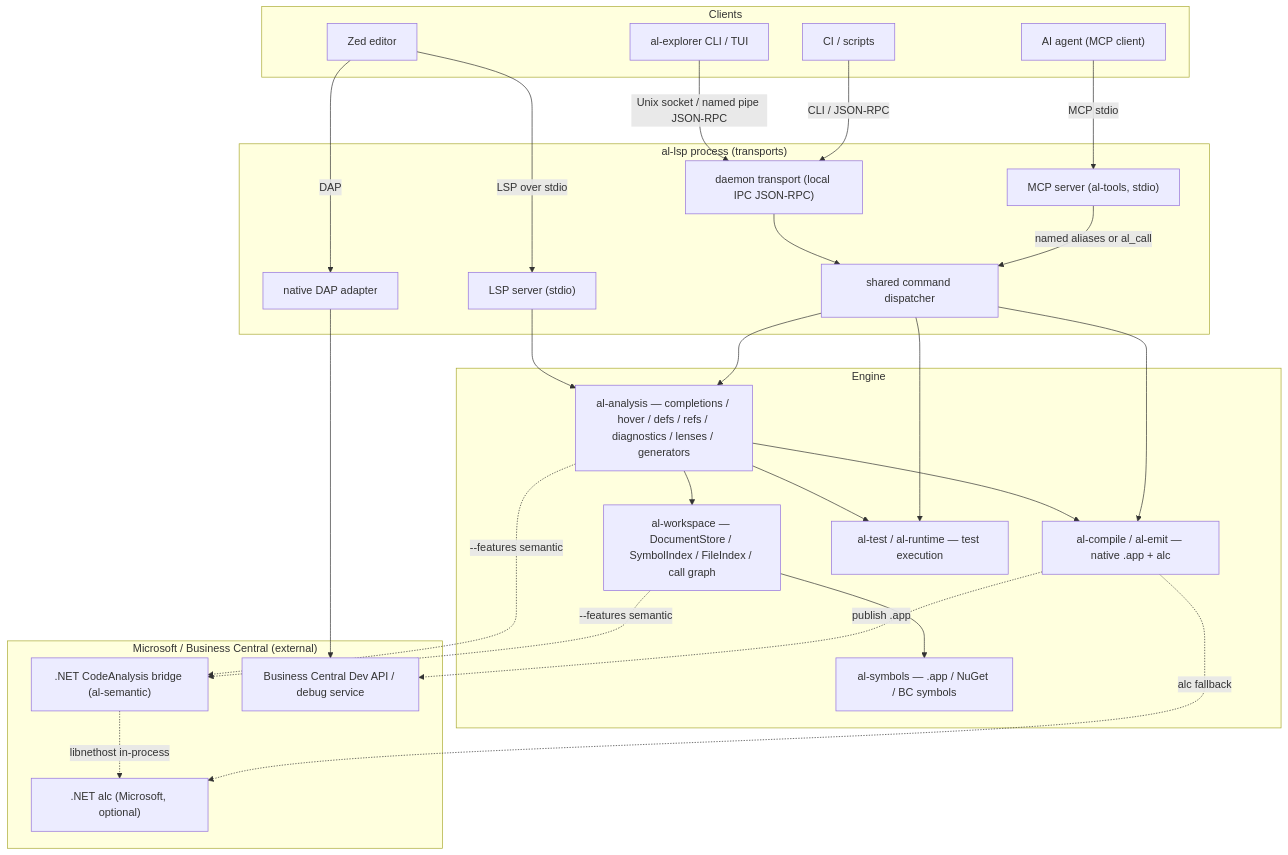
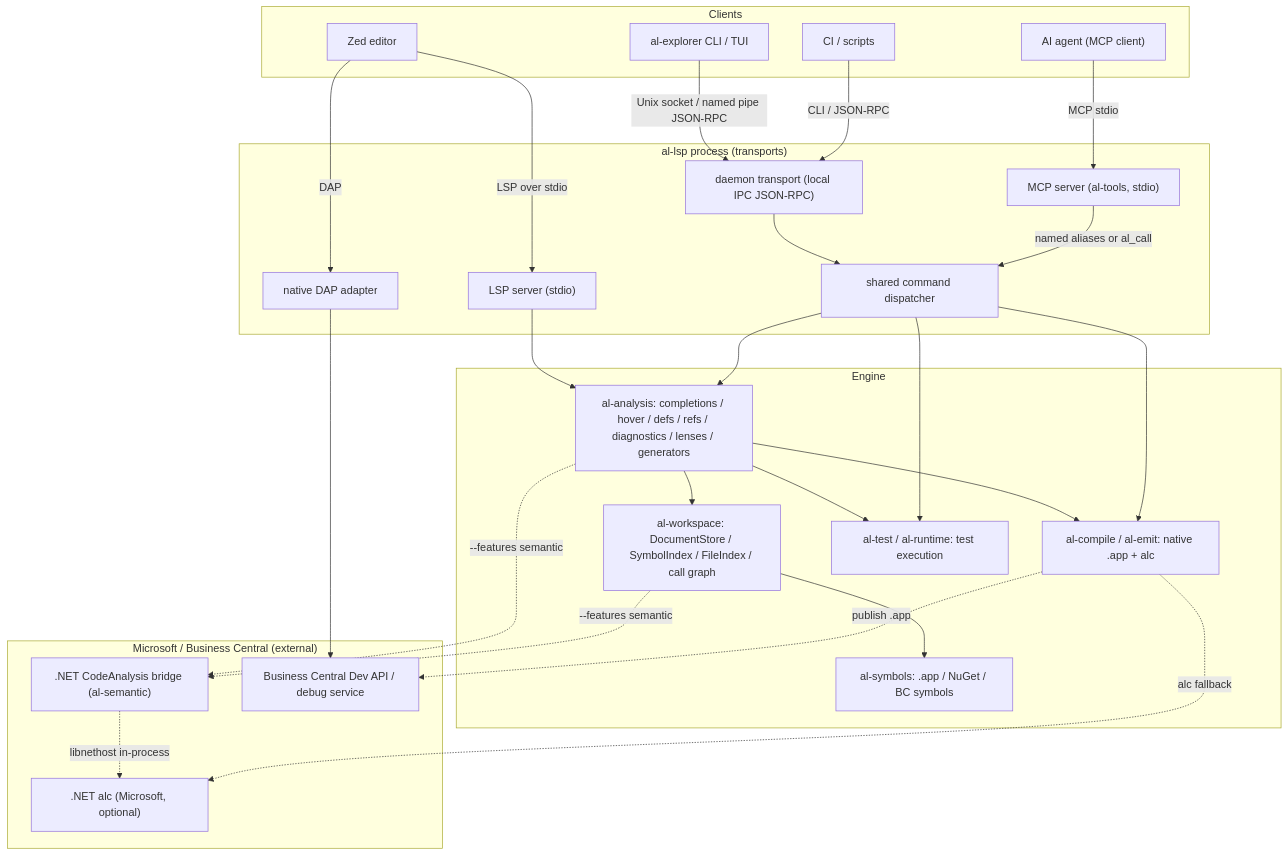
One commit to Brad-Fullwood/al.language.zed changed the third of 3 diagrams in Docs/architecture.md. Above: the diagram before and after it, drawn with Mermaid. The commit also changed other lines of this file and 1 other file, not shown here.

Commit message:
docs: plain wording in the architecture page and the completion ledger

````diff
--- a/Docs/architecture.md
+++ b/Docs/architecture.md
@@ -221,56 +222,56 @@
 ```mermaid
 flowchart TD
   subgraph Clients
     zed_editor["Zed editor"]
     cli["al-explorer CLI / TUI"]
     ci["CI / scripts"]
     agent["AI agent (MCP client)"]
   end
 
   subgraph Proc["al-lsp process (transports)"]
     lsp_srv["LSP server (stdio)"]
     daemon["daemon transport (local IPC JSON-RPC)"]
     mcp["MCP server (al-tools, stdio)"]
     dispatcher["shared command dispatcher"]
     dap["native DAP adapter"]
   end
 
   subgraph Engine
-    analysis["al-analysis — completions / hover / defs / refs / diagnostics / lenses / generators"]
-    ws["al-workspace — DocumentStore / SymbolIndex / FileIndex / call graph"]
-    symbols["al-symbols — .app / NuGet / BC symbols"]
-    build["al-compile / al-emit — native .app + alc"]
-    test["al-test / al-runtime — test execution"]
+    analysis["al-analysis: completions / hover / defs / refs / diagnostics / lenses / generators"]
+    ws["al-workspace: DocumentStore / SymbolIndex / FileIndex / call graph"]
+    symbols["al-symbols: .app / NuGet / BC symbols"]
+    build["al-compile / al-emit: native .app + alc"]
+    test["al-test / al-runtime: test execution"]
   end
 
   subgraph Ext["Microsoft / Business Central (external)"]
     semantic[".NET CodeAnalysis bridge (al-semantic)"]
     alc[".NET alc (Microsoft, optional)"]
     bc["Business Central Dev API / debug service"]
   end
 
   zed_editor -->|LSP over stdio| lsp_srv
   zed_editor -->|DAP| dap
   cli -->|Unix socket / named pipe JSON-RPC| daemon
   ci -->|CLI / JSON-RPC| daemon
   agent -->|MCP stdio| mcp
 
   lsp_srv --> analysis
   daemon --> dispatcher
   mcp -->|named aliases or al_call| dispatcher
   dispatcher --> analysis
 
   analysis --> ws
   ws --> symbols
   analysis --> build
   dispatcher --> build
   analysis --> test
   dispatcher --> test
 
   analysis -.->|--features semantic| semantic
   ws -.->|--features semantic| semantic
   semantic -.->|libnethost in-process| alc
   build -.->|alc fallback| alc
   build -.->|publish .app| bc
   dap --> bc
 ```
````
